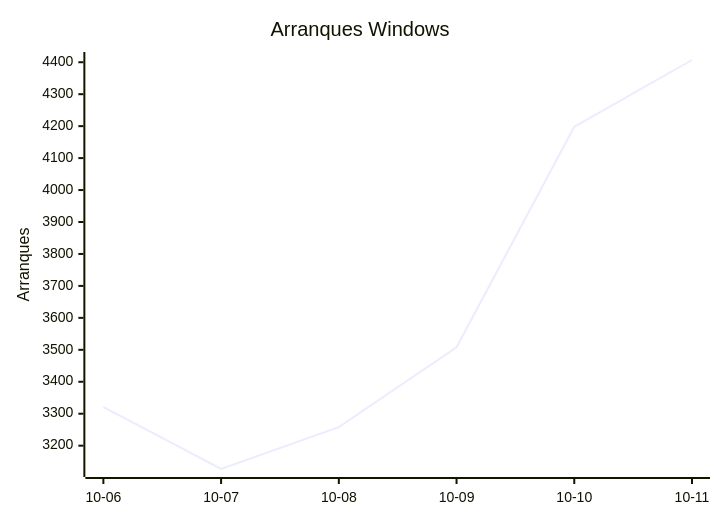
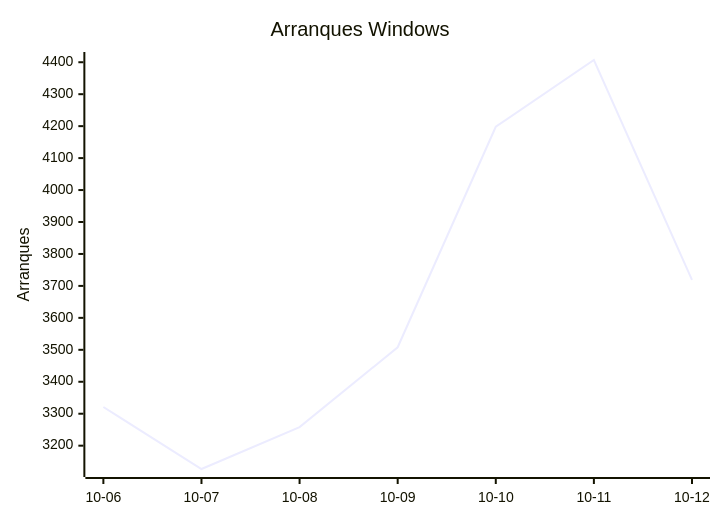
The third of 8 diagrams in README.md (EmuDeck/stats), drawn with Mermaid before and after one commit. The commit also changed other lines of this file and 2 other files, not shown here.

````diff
--- a/README.md
+++ b/README.md
@@ -34,7 +34,7 @@
 ```mermaid
 xychart-beta
     title "Arranques Windows"
-    x-axis ["10-06", "10-07", "10-08", "10-09", "10-10", "10-11"]
+    x-axis ["10-06", "10-07", "10-08", "10-09", "10-10", "10-11", "10-12"]
     y-axis "Arranques"
-    line [3321, 3127, 3258, 3508, 4198, 4407]
+    line [3321, 3127, 3258, 3508, 4198, 4407, 3719]
 ```
````
